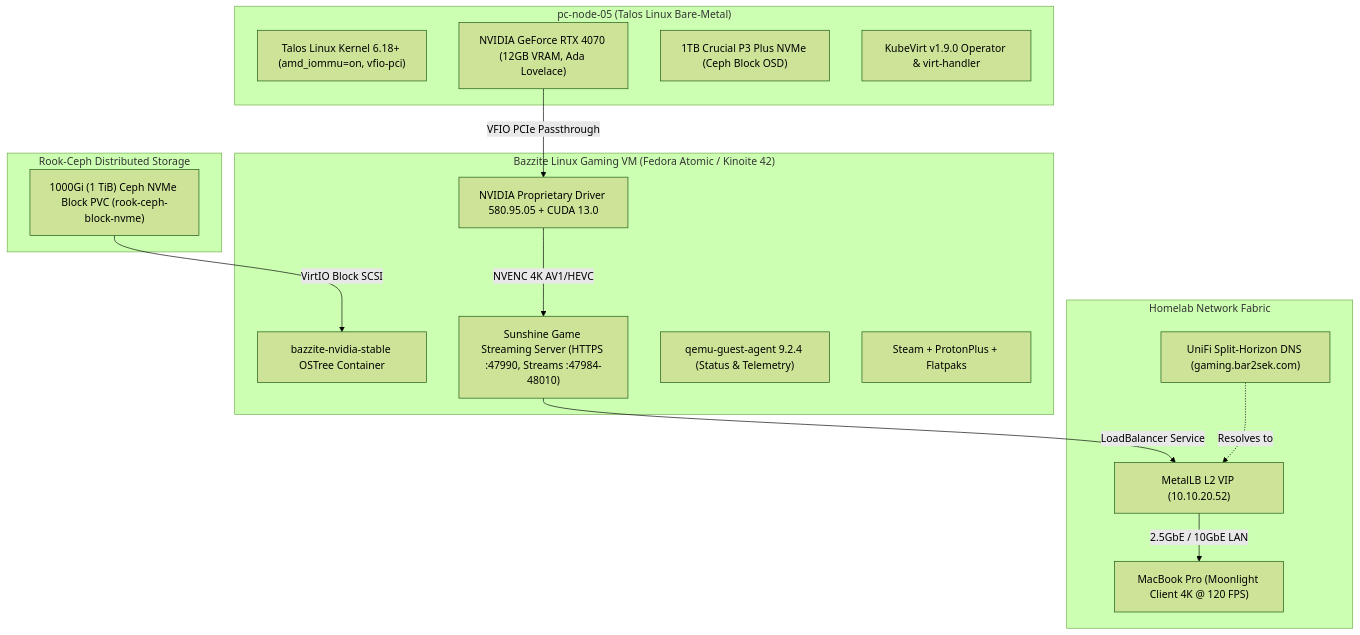
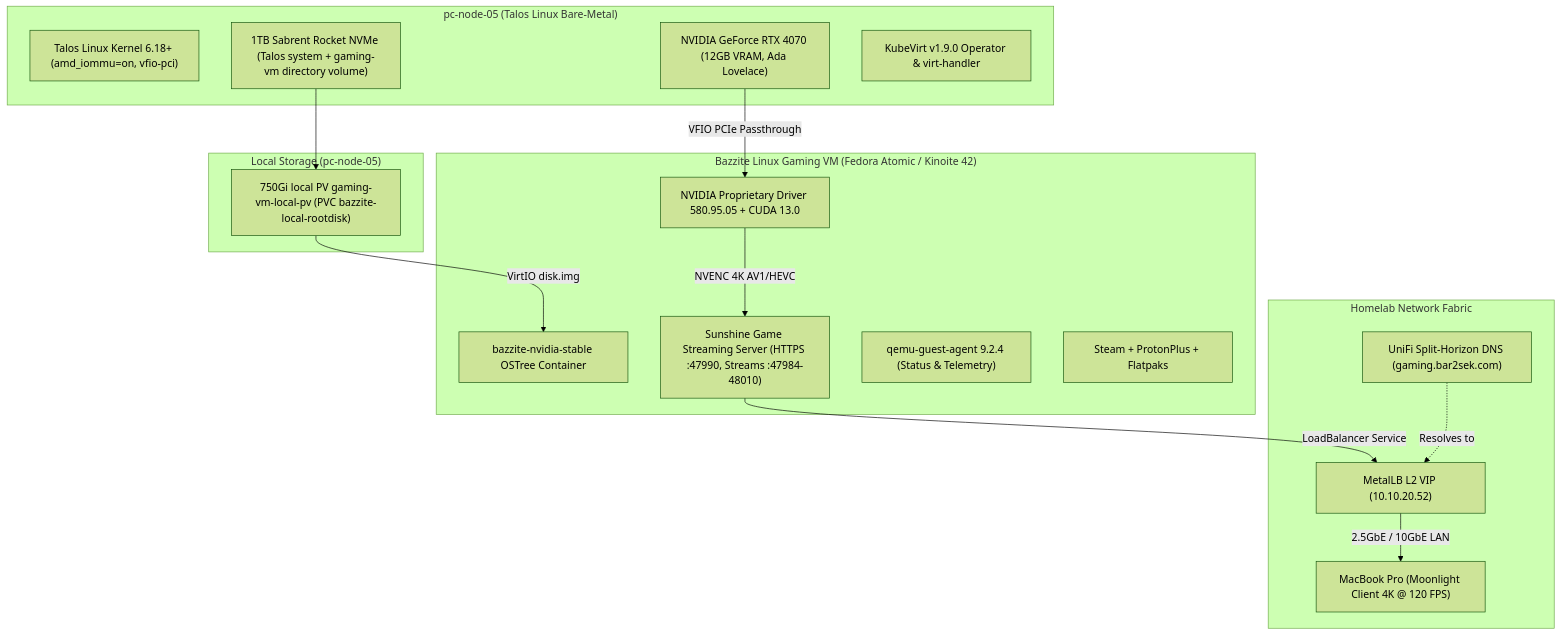
Before and after one commit to bar2sek/personal-technology: the diagram in docs/303-kubevirt-bazzite-gpu-vm.md, drawn with Mermaid (forest theme). The commit also changed other lines of this file and 5 other files, not shown here.

First line of the commit message:
feat(storage): reclaim NVMe tier, fix PG autoscaler, add Storage dashboard row

````diff
--- a/docs/303-kubevirt-bazzite-gpu-vm.md
+++ b/docs/303-kubevirt-bazzite-gpu-vm.md
@@ -23,34 +23,35 @@
 ```mermaid
 graph TD
     subgraph Host ["pc-node-05 (Talos Linux Bare-Metal)"]
         Kernel["Talos Linux Kernel 6.18+ (amd_iommu=on, vfio-pci)"]
         GPU_HW["NVIDIA GeForce RTX 4070 (12GB VRAM, Ada Lovelace)"]
-        NVMe_HW["1TB Crucial P3 Plus NVMe (Ceph Block OSD)"]
+        NVMe_HW["1TB Sabrent Rocket NVMe (Talos system + gaming-vm directory volume)"]
         KubeVirt["KubeVirt v1.9.0 Operator & virt-handler"]
     end
 
     subgraph Guest ["Bazzite Linux Gaming VM (Fedora Atomic / Kinoite 42)"]
         OSTree["bazzite-nvidia-stable OSTree Container"]
         NvidiaDriver["NVIDIA Proprietary Driver 580.95.05 + CUDA 13.0"]
         Sunshine["Sunshine Game Streaming Server (HTTPS :47990, Streams :47984-48010)"]
         QEMU_GA["qemu-guest-agent 9.2.4 (Status & Telemetry)"]
         Steam["Steam + ProtonPlus + Flatpaks"]
     end
 
-    subgraph Storage ["Rook-Ceph Distributed Storage"]
-        CephNVMe["1000Gi (1 TiB) Ceph NVMe Block PVC (rook-ceph-block-nvme)"]
+    subgraph Storage ["Local Storage (pc-node-05)"]
+        CephNVMe["750Gi local PV gaming-vm-local-pv (PVC bazzite-local-rootdisk)"]
     end
 
     subgraph Networking ["Homelab Network Fabric"]
         MetalLB["MetalLB L2 VIP (10.10.20.52)"]
         UniFiDNS["UniFi Split-Horizon DNS (gaming.bar2sek.com)"]
         Client["MacBook Pro (Moonlight Client 4K @ 120 FPS)"]
     end
 
     GPU_HW -->|VFIO PCIe Passthrough| NvidiaDriver
-    CephNVMe -->|VirtIO Block SCSI| OSTree
+    NVMe_HW --> CephNVMe
+    CephNVMe -->|VirtIO disk.img| OSTree
     NvidiaDriver -->|NVENC 4K AV1/HEVC| Sunshine
     Sunshine -->|LoadBalancer Service| MetalLB
     MetalLB -->|2.5GbE / 10GbE LAN| Client
     UniFiDNS -.->|Resolves to| MetalLB
 ```
````
